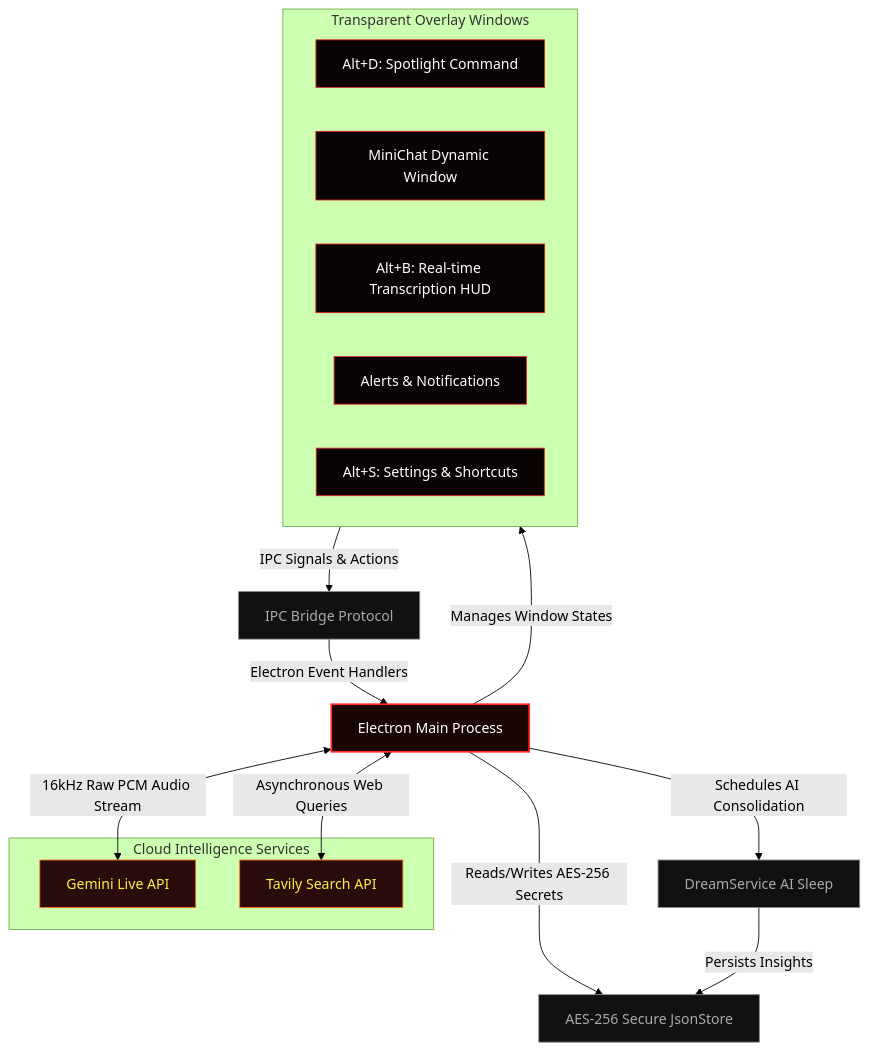
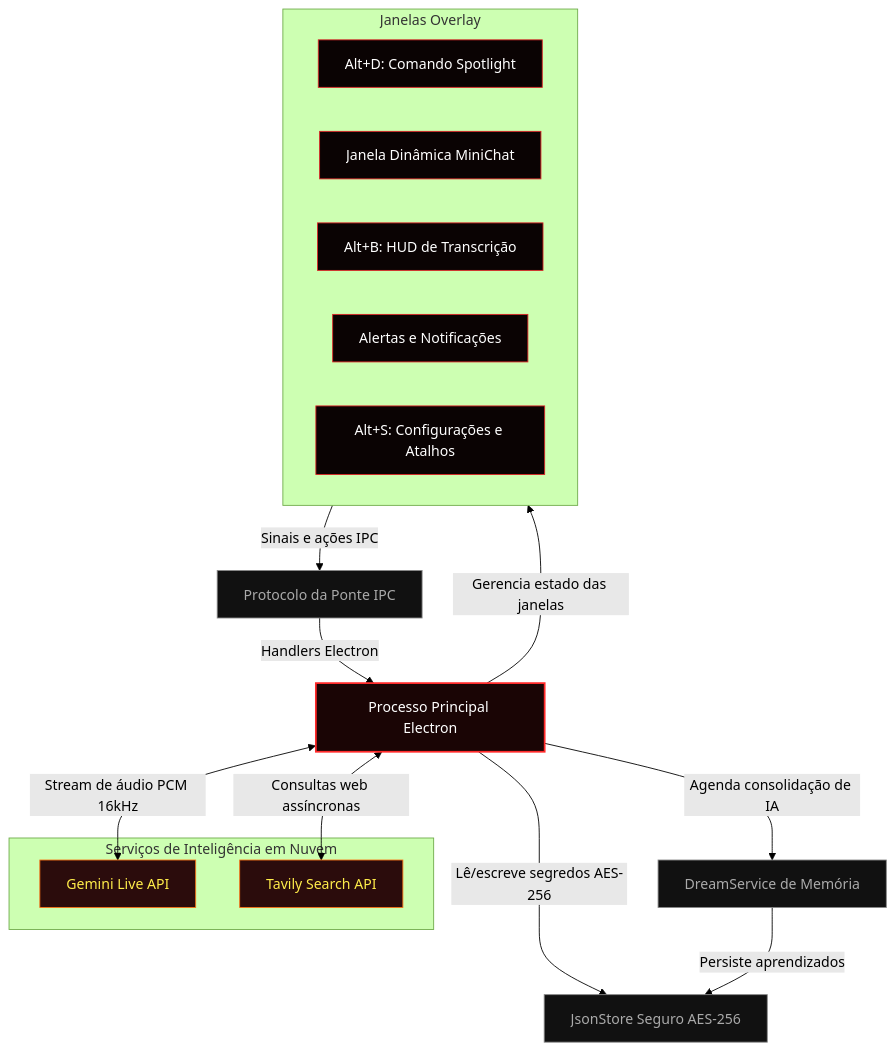
Before and after one commit to fberbert/hades-agent: the diagram in README.md, drawn with Mermaid (forest theme). The commit also changed other lines of this file and 49 other files, not shown here.

````diff
--- a/README.md
+++ b/README.md
@@ -122,36 +126,36 @@
 ```mermaid
 graph TD
     classDef main fill:#1a0505,stroke:#ff2a2a,stroke-width:2px,color:#fff;
     classDef float fill:#0a0303,stroke:#dc2626,stroke-width:1px,color:#fff;
     classDef service fill:#111,stroke:#888,stroke-width:1px,color:#aaa;
     classDef external fill:#2b0c0c,stroke:#f97316,stroke-width:1px,color:#ffed4a;
 
-    Main[Electron Main Process]:::main
+    Main[Processo Principal Electron]:::main
     
-    subgraph UI_Layers [Transparent Overlay Windows]
-        CommandBar[Alt+D: Spotlight Command]:::float
-        MiniChat[MiniChat Dynamic Window]:::float
-        Susurro[Alt+B: Real-time Transcription HUD]:::float
-        Notification[Alerts & Notifications]:::float
-        Settings[Alt+S: Settings & Shortcuts]:::float
+    subgraph UI_Layers [Janelas Overlay]
+        CommandBar[Alt+D: Comando Spotlight]:::float
+        MiniChat[Janela Dinâmica MiniChat]:::float
+        Susurro[Alt+B: HUD de Transcrição]:::float
+        Notification[Alertas e Notificações]:::float
+        Settings[Alt+S: Configurações e Atalhos]:::float
     end
     
-    SSoT[IPC Bridge Protocol]:::service
-    Store[AES-256 Secure JsonStore]:::service
-    Dream[DreamService AI Sleep]:::service
+    SSoT[Protocolo da Ponte IPC]:::service
+    Store[JsonStore Seguro AES-256]:::service
+    Dream[DreamService de Memória]:::service
     
-    subgraph Cloud_APIs [Cloud Intelligence Services]
+    subgraph Cloud_APIs [Serviços de Inteligência em Nuvem]
         Gemini[Gemini Live API]:::external
         Tavily[Tavily Search API]:::external
     end
 
-    Main -->|Manages Window States| UI_Layers
-    UI_Layers -->|IPC Signals & Actions| SSoT
-    SSoT -->|Electron Event Handlers| Main
-    Main -->|Reads/Writes AES-256 Secrets| Store
-    Main -->|Schedules AI Consolidation| Dream
-    Dream -->|Persists Insights| Store
+    Main -->|Gerencia estado das janelas| UI_Layers
+    UI_Layers -->|Sinais e ações IPC| SSoT
+    SSoT -->|Handlers Electron| Main
+    Main -->|Lê/escreve segredos AES-256| Store
+    Main -->|Agenda consolidação de IA| Dream
+    Dream -->|Persiste aprendizados| Store
     
-    Main <-->|16kHz Raw PCM Audio Stream| Gemini
-    Main <-->|Asynchronous Web Queries| Tavily
+    Main <-->|Stream de áudio PCM 16kHz| Gemini
+    Main <-->|Consultas web assíncronas| Tavily
 ```
````
